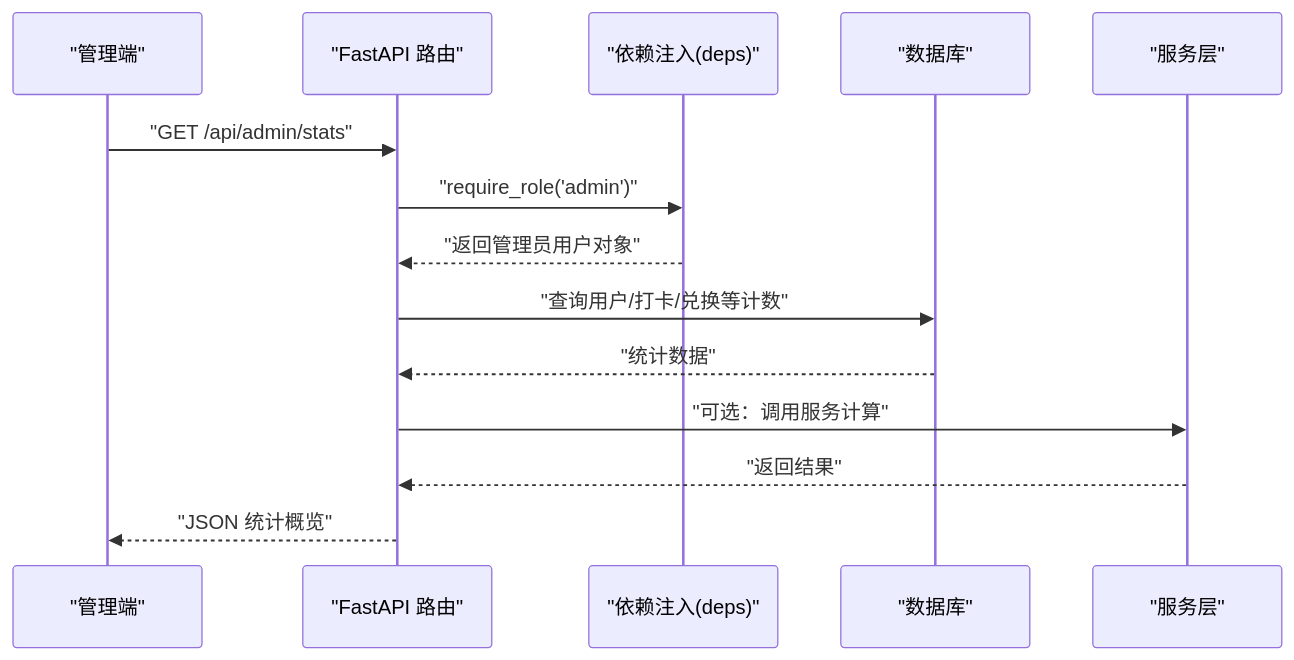
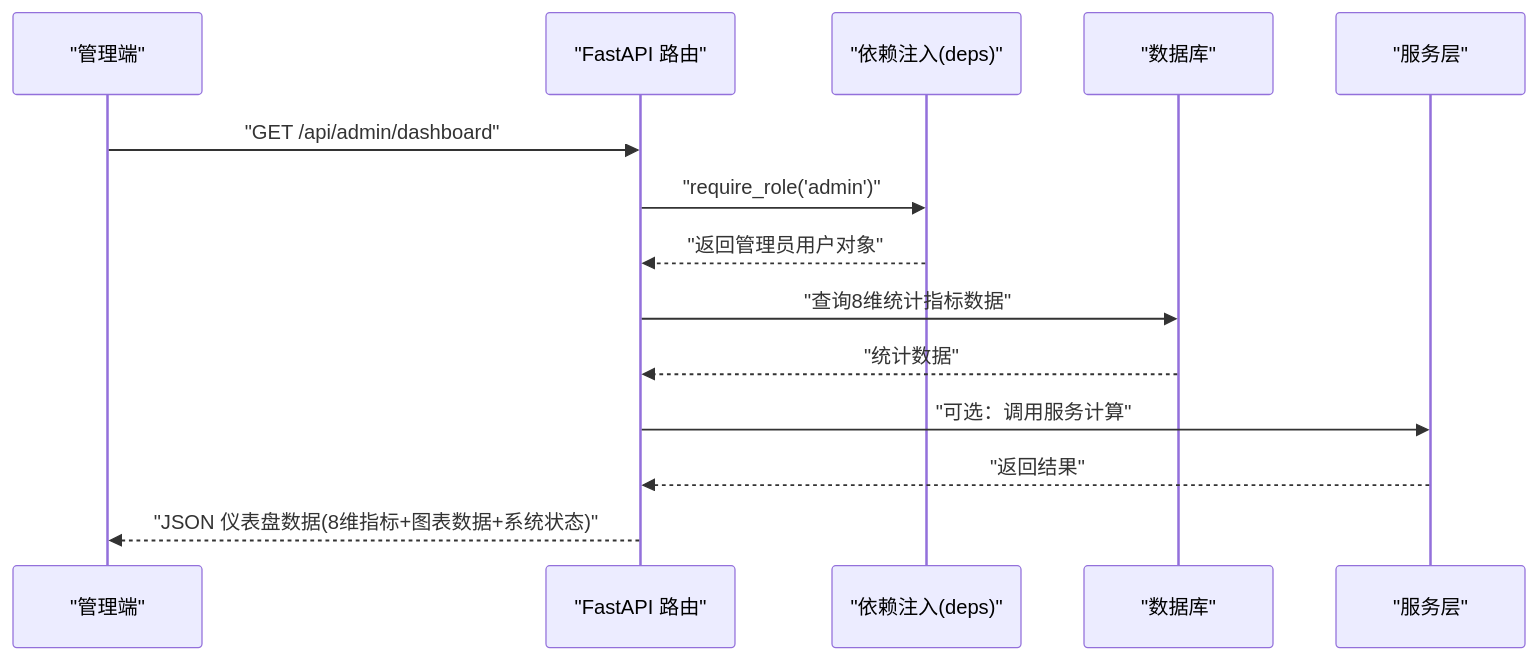
The second of 5 diagrams in .qoder/repowiki/zh/content/API接口文档/管理后台接口/管理后台接口.md (onebody/homework), drawn with Mermaid before and after one commit. The commit also changed other lines of this file and 14 other files, not shown here.

````diff
--- a/.qoder/repowiki/zh/content/API接口文档/管理后台接口/管理后台接口.md
+++ b/.qoder/repowiki/zh/content/API接口文档/管理后台接口/管理后台接口.md
@@ -81,16 +91,16 @@
 ```mermaid
 sequenceDiagram
 participant Admin as "管理端"
 participant API as "FastAPI 路由"
 participant Auth as "依赖注入(deps)"
 participant DB as "数据库"
 participant Svc as "服务层"
-Admin->>API : "GET /api/admin/stats"
+Admin->>API : "GET /api/admin/dashboard"
 API->>Auth : "require_role('admin')"
 Auth-->>API : "返回管理员用户对象"
-API->>DB : "查询用户/打卡/兑换等计数"
+API->>DB : "查询8维统计指标数据"
 DB-->>API : "统计数据"
 API->>Svc : "可选：调用服务计算"
 Svc-->>API : "返回结果"
-API-->>Admin : "JSON 统计概览"
+API-->>Admin : "JSON 仪表盘数据(8维指标+图表数据+系统状态)"
 ```
````
